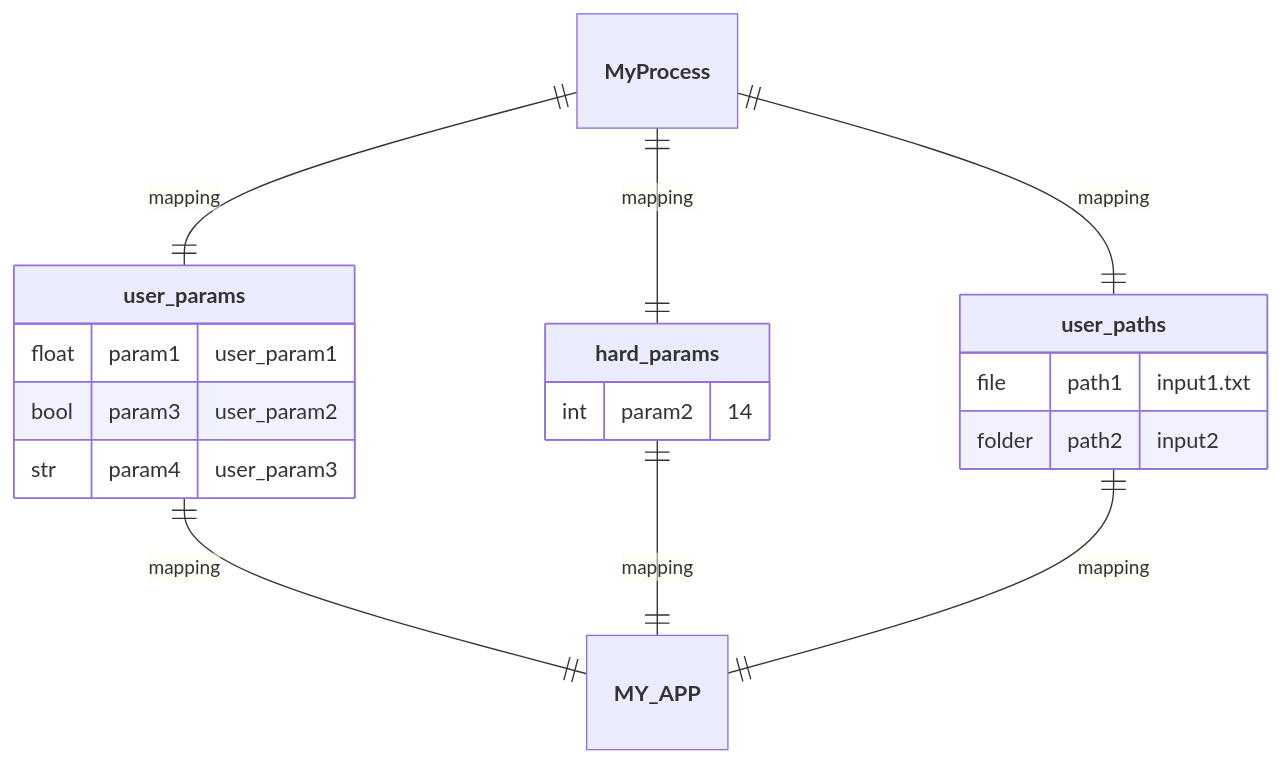
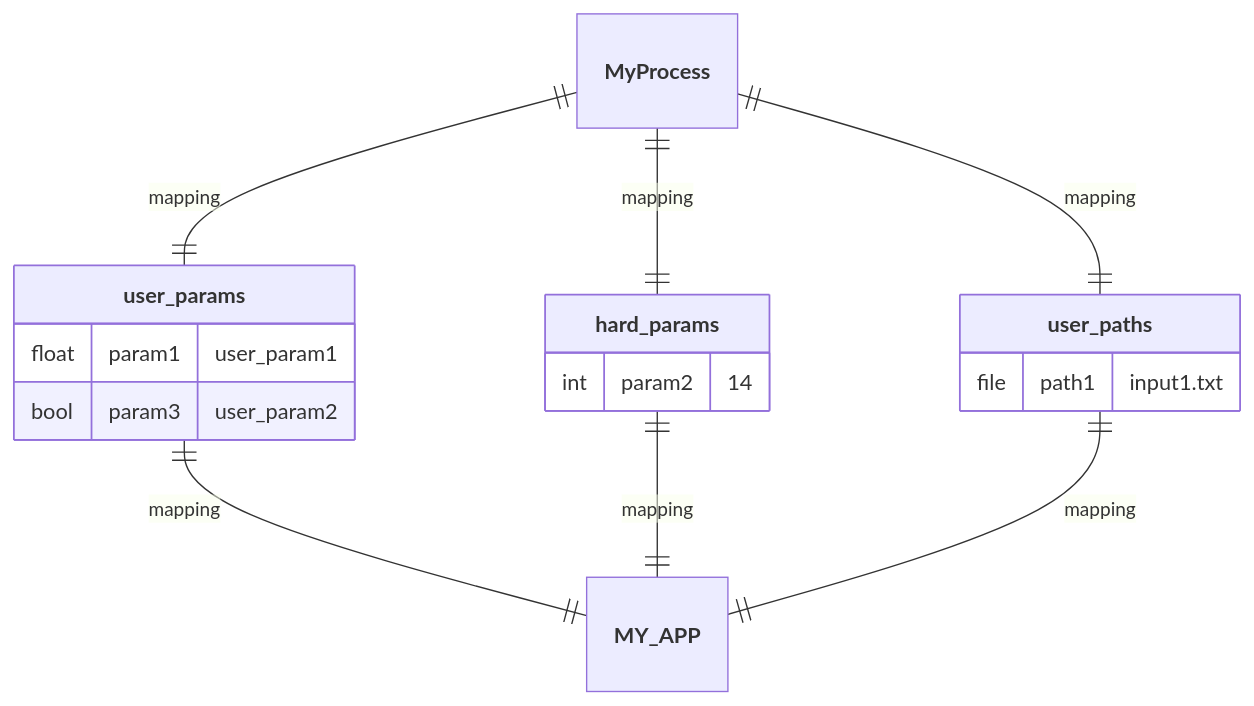
Before and after one commit to nuremics/nuremics: the eighth of 11 diagrams in README.md, drawn with Mermaid. The commit also changed other lines of this file, not shown here.

````diff
--- a/README.md
+++ b/README.md
@@ -210,22 +231,20 @@
 ```mermaid
 erDiagram
   **MyProcess** ||--|| **user_params** : mapping
   **MyProcess** ||--|| **hard_params** : mapping
   **MyProcess** ||--|| **user_paths** : mapping
   **user_params** ||--|| **MY_APP** : mapping
   **hard_params** ||--|| **MY_APP** : mapping
   **user_paths** ||--|| **MY_APP** : mapping
 
   **user_params** {
     float param1 "user_param1"
     bool param3 "user_param2"
-    str param4 "user_param3"
   }
   **hard_params** {
     int param2 "14"
   }
   **user_paths** {
     file path1 "input1.txt"
-    folder path2 "input2"
   }
 ```
````
